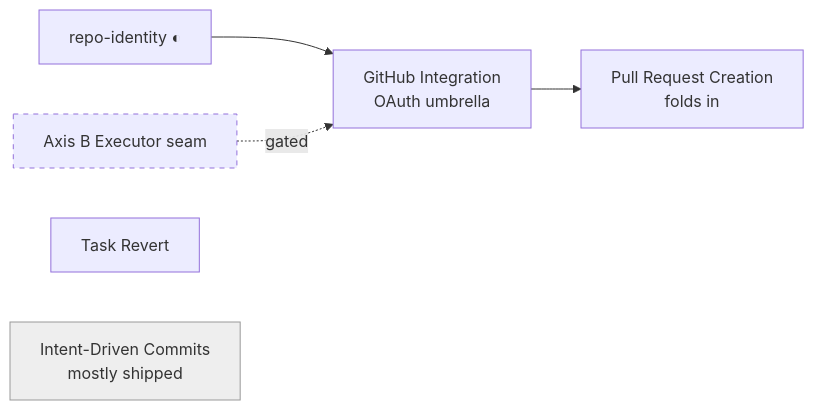
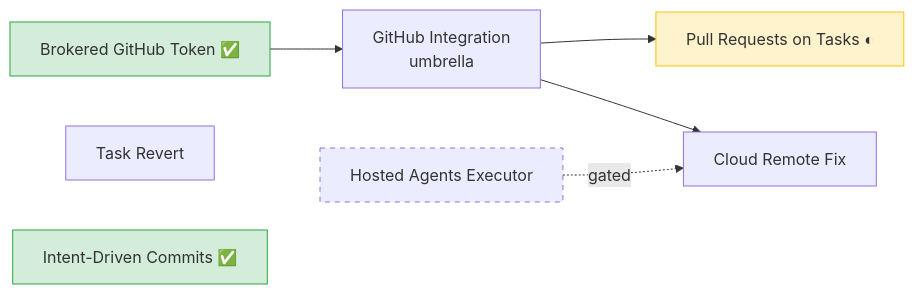
Before and after one commit to changkun/wallfacer: the fourth of 4 diagrams in specs/README.md, drawn with Mermaid. The commit also changed other lines of this file and 3 other files, not shown here.

Commit message:
specs: the index follows the agent-graph and git workflow audits, and three specs stop contradicting them

````diff
--- a/specs/README.md
+++ b/specs/README.md
@@ -359,10 +371,13 @@
 ```mermaid
 graph LR
-  RI[repo-identity ◐] --> GHI[GitHub Integration<br/>OAuth umbrella]
-  GHI --> PR[Pull Request Creation<br/>folds in]
-  EX[Axis B Executor seam] -.gated.-> GHI
+  TOK[Brokered GitHub Token ✅] --> GHI[GitHub Integration<br/>umbrella]
+  GHI --> PR[Pull Requests on Tasks ◐]
+  HE[Hosted Agents Executor] -.gated.-> CRF[Cloud Remote Fix]
+  GHI --> CRF
   TR[Task Revert]
-  IC[Intent-Driven Commits<br/>mostly shipped]
-  style IC fill:#eee,stroke:#999
-  style EX stroke-dasharray: 5 5
+  IC[Intent-Driven Commits ✅]
+  style TOK fill:#d4edda,stroke:#28a745
+  style IC fill:#d4edda,stroke:#28a745
+  style PR fill:#fff3cd,stroke:#ffc107
+  style HE stroke-dasharray: 5 5
 ```
````
